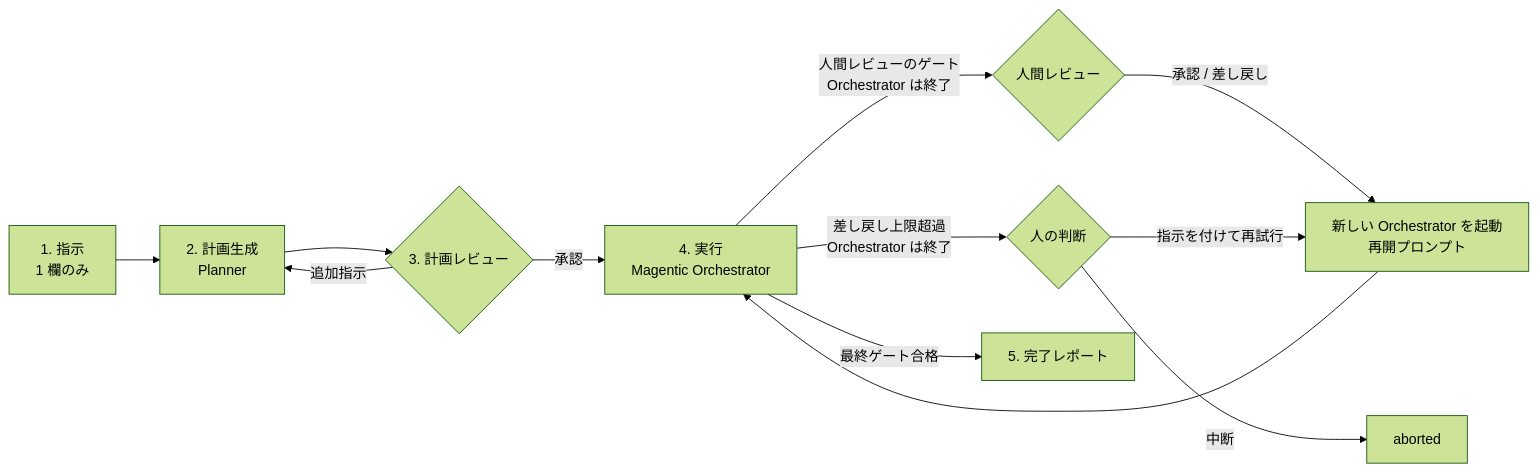
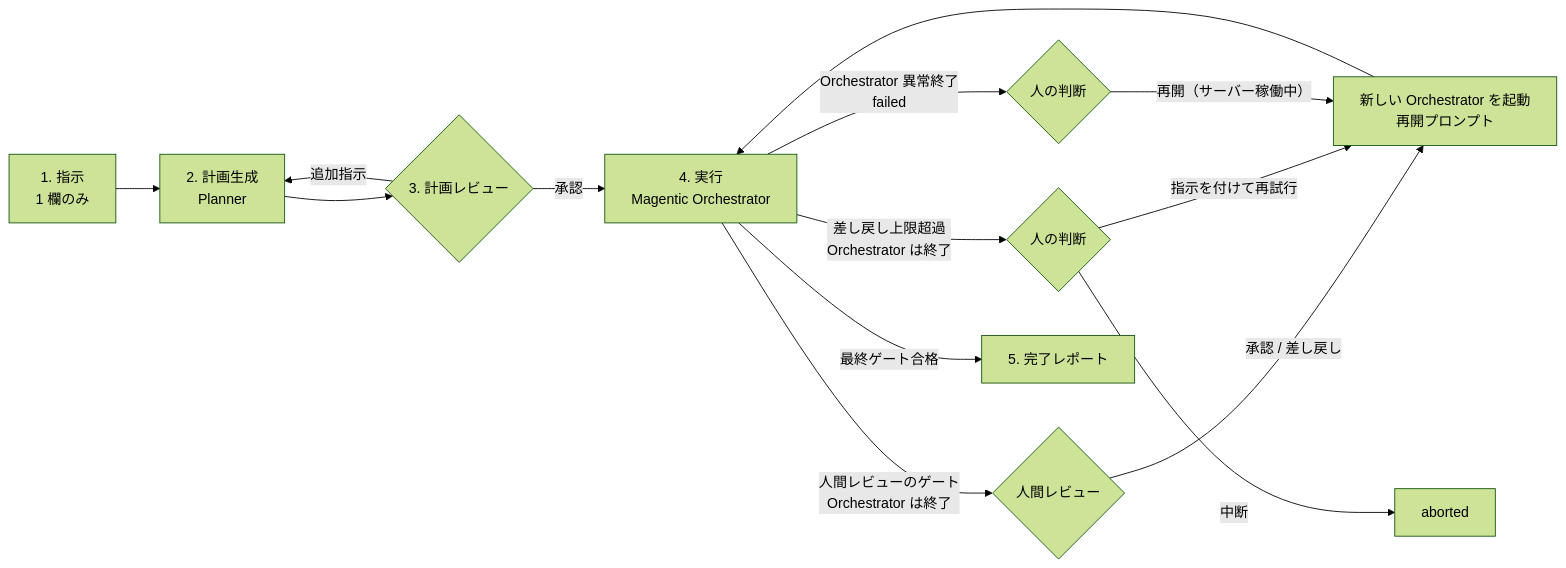
One commit to moritaoy/kuromajutsu changed the fourth of 8 diagrams in docs/spec.md. Above: the diagram before and after it, drawn with Mermaid (forest theme). The commit also changed other lines of this file and 13 other files, not shown here.

First line of the commit message:
feat(workspace): Orchestrator の異常終了（orchestrator_failed）からの再開

````diff
--- a/docs/spec.md
+++ b/docs/spec.md
@@ -1750,14 +1751,16 @@
 ```mermaid
 flowchart LR
   A[1. 指示<br/>1 欄のみ] --> B[2. 計画生成<br/>Planner]
   B --> C{3. 計画レビュー}
   C -- 追加指示 --> B
   C -- 承認 --> D[4. 実行<br/>Magentic Orchestrator]
   D -- 人間レビューのゲート<br/>Orchestrator は終了 --> H{人間レビュー}
   H -- 承認 / 差し戻し --> R[新しい Orchestrator を起動<br/>再開プロンプト]
   R --> D
   D -- 差し戻し上限超過<br/>Orchestrator は終了 --> J{人の判断}
   J -- 指示を付けて再試行 --> R
   J -- 中断 --> X[aborted]
+  D -- Orchestrator 異常終了<br/>failed --> K{人の判断}
+  K -- 再開（サーバー稼働中） --> R
   D -- 最終ゲート合格 --> E[5. 完了レポート]
 ```
````
